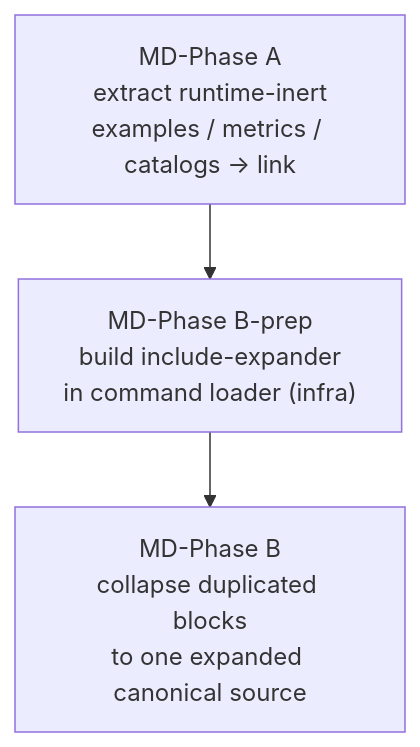
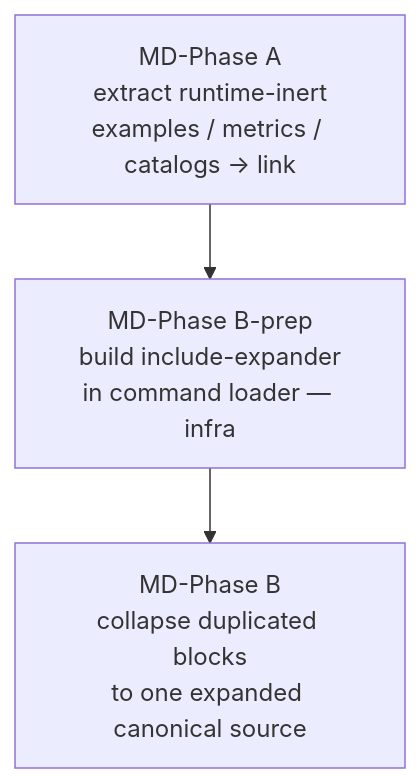
Before and after one commit to Yugoge/awesome-claude-harness: the second of 2 diagrams in docs/reference/monolith-split-plan.md, drawn with Mermaid. The commit also changed 1 other file, not shown here.

Commit message:
checkpoint: Auto-save at 2026-07-15 17:26:02
Trigger: posttool threshold (13 files, threshold=10)
Ref: refs/checkpoints/master
Files: 2

This commit is a snapshot written to refs/checkpoints/* by
~/.claude/hooks/lib/checkpoint-core.sh. It is NOT on any branch HEAD.

🤖 Generated with [Claude Code](https://claude.com/claude-code)
via [Happy](https://happy.engineering)

````diff
--- a/docs/reference/monolith-split-plan.md
+++ b/docs/reference/monolith-split-plan.md
@@ -138,5 +138,5 @@
 ```mermaid
 graph TD
-    A["MD-Phase A<br/>extract runtime-inert<br/>examples / metrics / catalogs → link"] --> B["MD-Phase B-prep<br/>build include-expander<br/>in command loader (infra)"]
+    A["MD-Phase A<br/>extract runtime-inert<br/>examples / metrics / catalogs → link"] --> B["MD-Phase B-prep<br/>build include-expander<br/>in command loader — infra"]
     B --> C["MD-Phase B<br/>collapse duplicated blocks<br/>to one expanded canonical source"]
 ```
````
